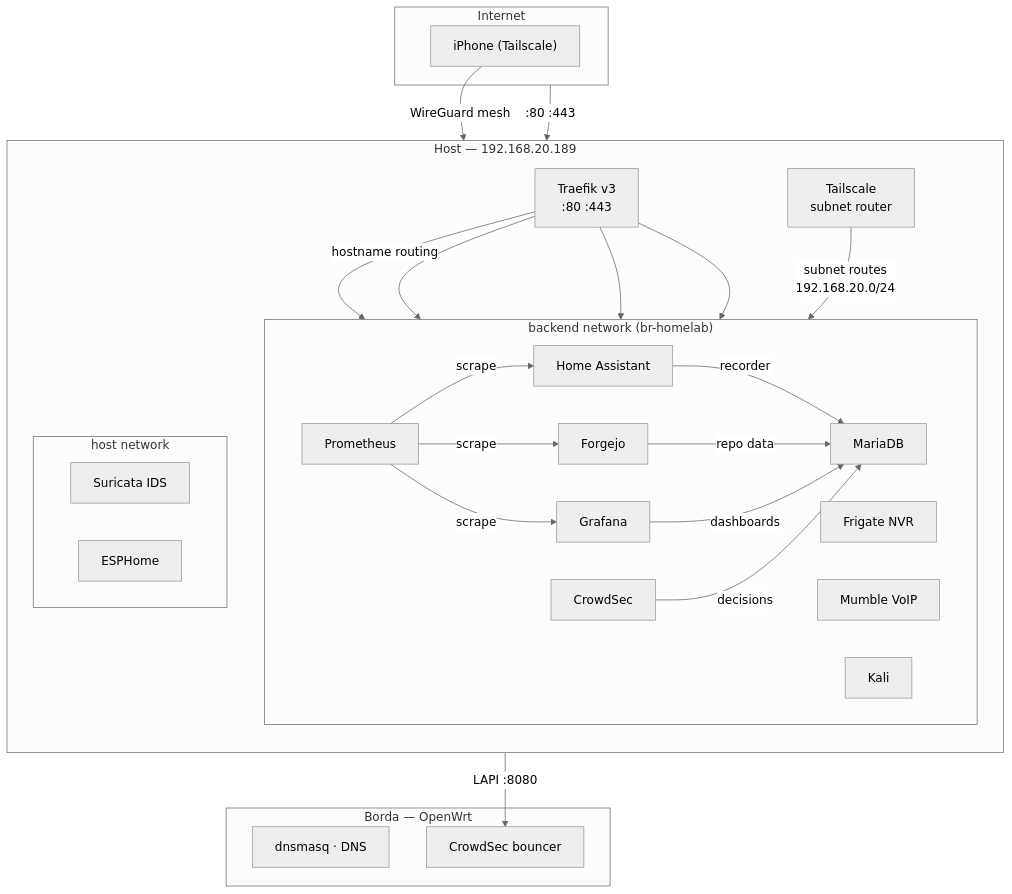
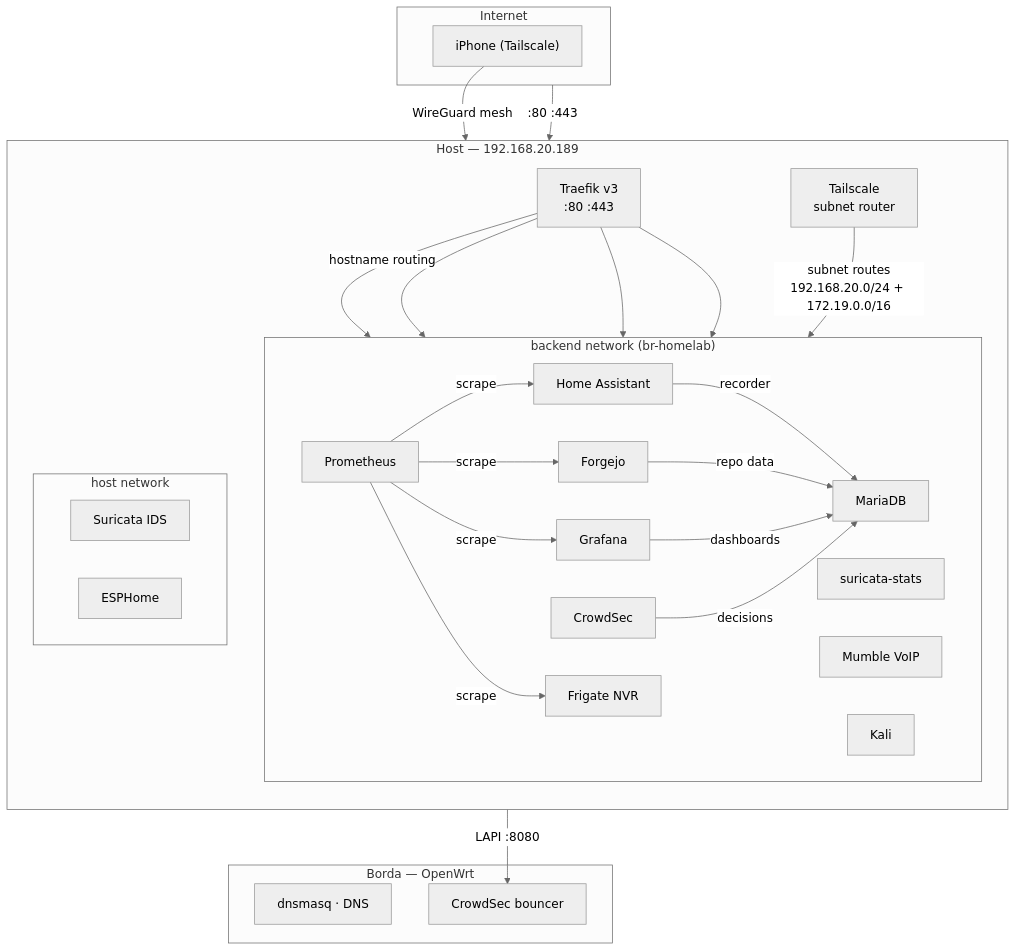
Before and after one commit to gustavx404/homelab: the diagram in README.md, drawn with Mermaid (neutral theme). The commit also changed other lines of this file, not shown here.

First line of the commit message:
docs: correcoes no README — Mermaid, tabelas, seguranca

````diff
--- a/README.md
+++ b/README.md
@@ -14,51 +14,53 @@
 ```mermaid
 flowchart TB
     subgraph Internet["Internet"]
         iPhone["iPhone (Tailscale)"]
     end
 
     subgraph Edge["Borda — OpenWrt"]
         DNS["dnsmasq · DNS"]
         Bouncer["CrowdSec bouncer"]
     end
 
     subgraph Host["Host — 192.168.20.189"]
         Tailscale["Tailscale<br/>subnet router"]
         direction TB
         Traefik["Traefik v3<br/>:80 :443"]
         
         subgraph Backend["backend network (br-homelab)"]
             direction LR
             HA["Home Assistant"]
             Grafana["Grafana"]
             Forgejo["Forgejo"]
             Frigate["Frigate NVR"]
             Prometheus["Prometheus"]
             MariaDB["MariaDB"]
             CrowdSec["CrowdSec"]
+            Stats["suricata-stats"]
             Mumble["Mumble VoIP"]
             Kali["Kali"]
         end
         
         subgraph HostNet["host network"]
             Suricata["Suricata IDS"]
             ESPHome["ESPHome"]
         end
     end
 
     iPhone -->|"WireGuard mesh"| Tailscale
-    Tailscale -->|"subnet routes<br/>192.168.20.0/24"| Backend
+    Tailscale -->|"subnet routes<br/>192.168.20.0/24 + 172.19.0.0/16"| Backend
     Internet -->|":80 :443"| Traefik
     Traefik -->|"hostname routing"| HA
     Traefik --> Grafana
     Traefik --> Forgejo
     Traefik --> Frigate
     CrowdSec -->|"LAPI :8080"| Bouncer
     HA -->|"recorder"| MariaDB
     Forgejo -->|"repo data"| MariaDB
     Grafana -->|"dashboards"| MariaDB
     CrowdSec -->|"decisions"| MariaDB
     Prometheus -->|"scrape"| HA
     Prometheus -->|"scrape"| Grafana
     Prometheus -->|"scrape"| Forgejo
+    Prometheus -->|"scrape"| Frigate
 ```
````
